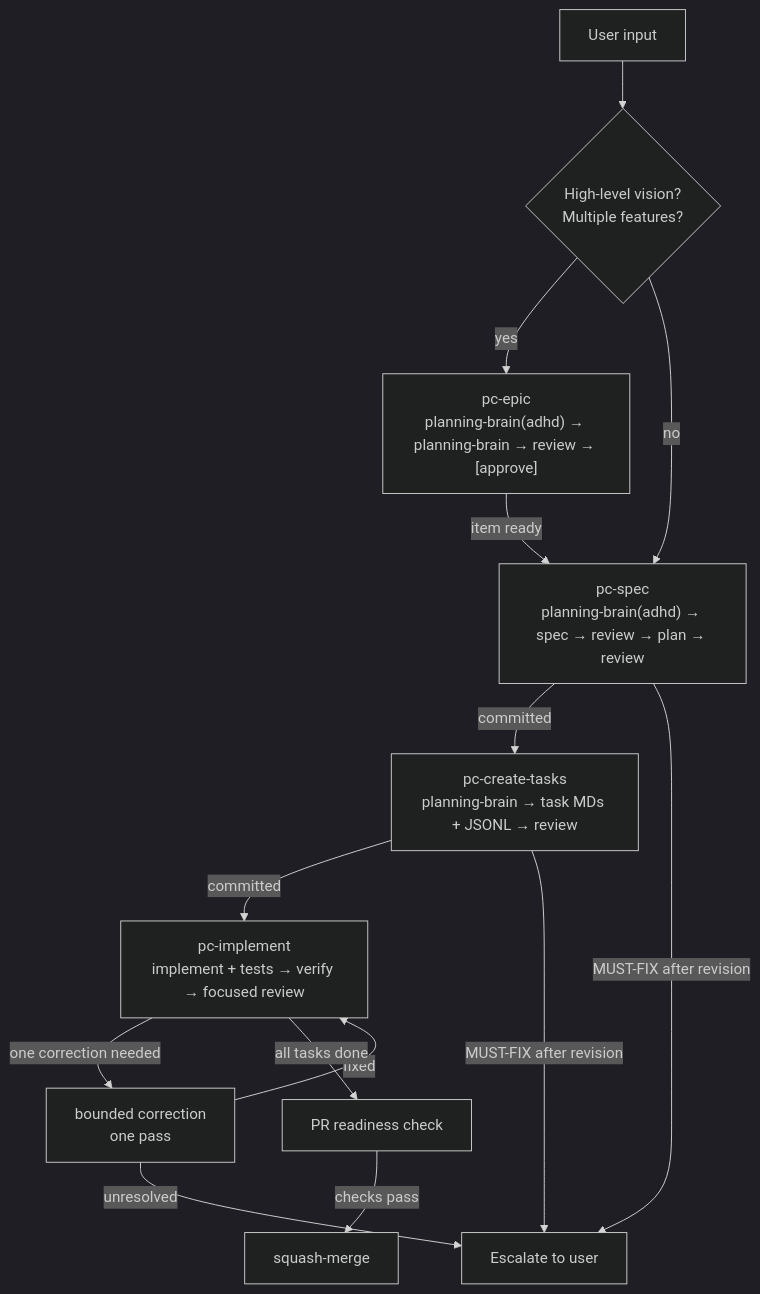
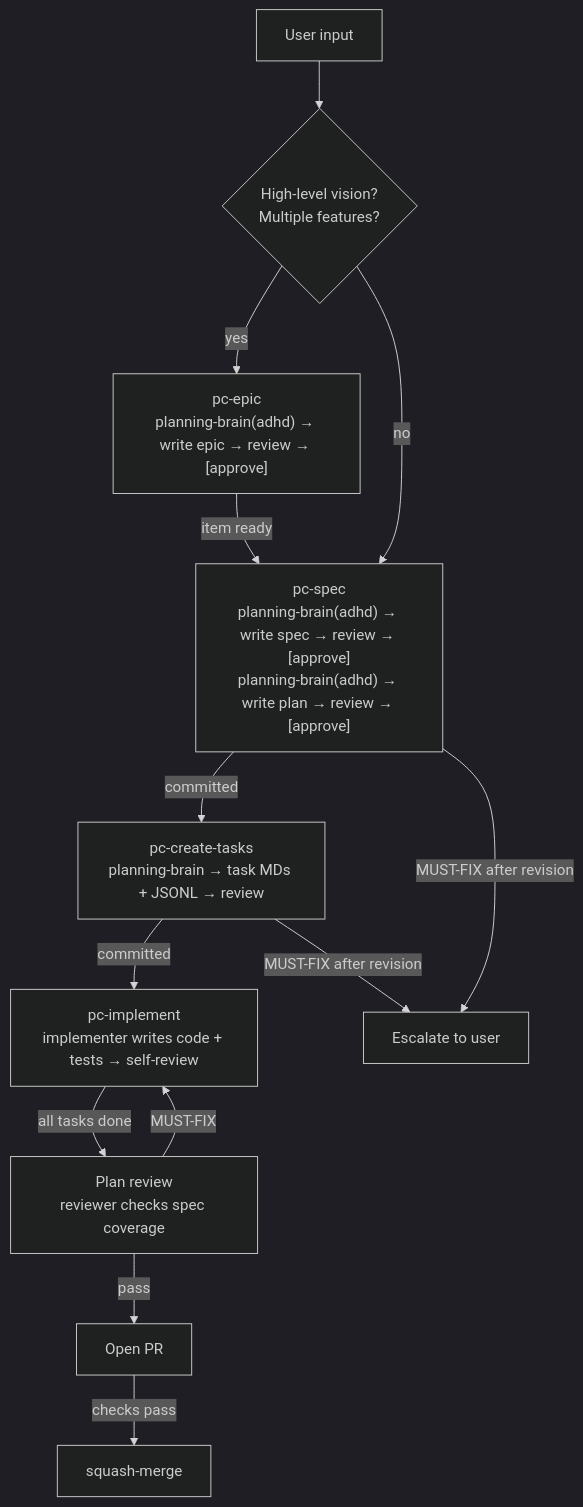
The first of 3 diagrams in src/workflows/overview.md (bperin/project-context), drawn with Mermaid (dark theme) before and after one commit. The commit also changed other lines of this file and 9 other files, not shown here.

First line of the commit message:
feat: specialized reviews, self-reviewing implementers, plan review

````diff
--- a/src/workflows/overview.md
+++ b/src/workflows/overview.md
@@ -5,16 +5,15 @@
 ```mermaid
 flowchart TD
     INPUT["User input"] --> EPIC{"High-level vision?<br/>Multiple features?"}
-    EPIC -->|yes| ROADW["pc-epic<br/>planning-brain(adhd) → planning-brain → review → [approve]"]
-    EPIC -->|no| PLANW["pc-spec<br/>planning-brain(adhd) → spec → review → plan → review"]
+    EPIC -->|yes| ROADW["pc-epic<br/>planning-brain(adhd) → write epic → review → [approve]"]
+    EPIC -->|no| PLANW["pc-spec<br/>planning-brain(adhd) → write spec → review → [approve]<br/>planning-brain(adhd) → write plan → review → [approve]"]
     ROADW -->|item ready| PLANW
     PLANW -->|committed| TASKW["pc-create-tasks<br/>planning-brain → task MDs + JSONL → review"]
-    TASKW -->|committed| IMPL["pc-implement<br/>implement + tests → verify → focused review"]
-    IMPL -->|one correction needed| TF["bounded correction<br/>one pass"]
-    TF -->|fixed| IMPL
-    TF -->|unresolved| ESC["Escalate to user"]
-    IMPL -->|all tasks done| PR["PR readiness check"]
+    TASKW -->|committed| IMPL["pc-implement<br/>implementer writes code + tests → self-review"]
+    IMPL -->|all tasks done| PLANREV["Plan review<br/>reviewer checks spec coverage"]
+    PLANREV -->|pass| PR["Open PR"]
+    PLANREV -->|MUST-FIX| IMPL
     PR -->|checks pass| MERGE["squash-merge"]
-    PLANW -->|MUST-FIX after revision| ESC
+    PLANW -->|MUST-FIX after revision| ESC["Escalate to user"]
     TASKW -->|MUST-FIX after revision| ESC
 ```
````
